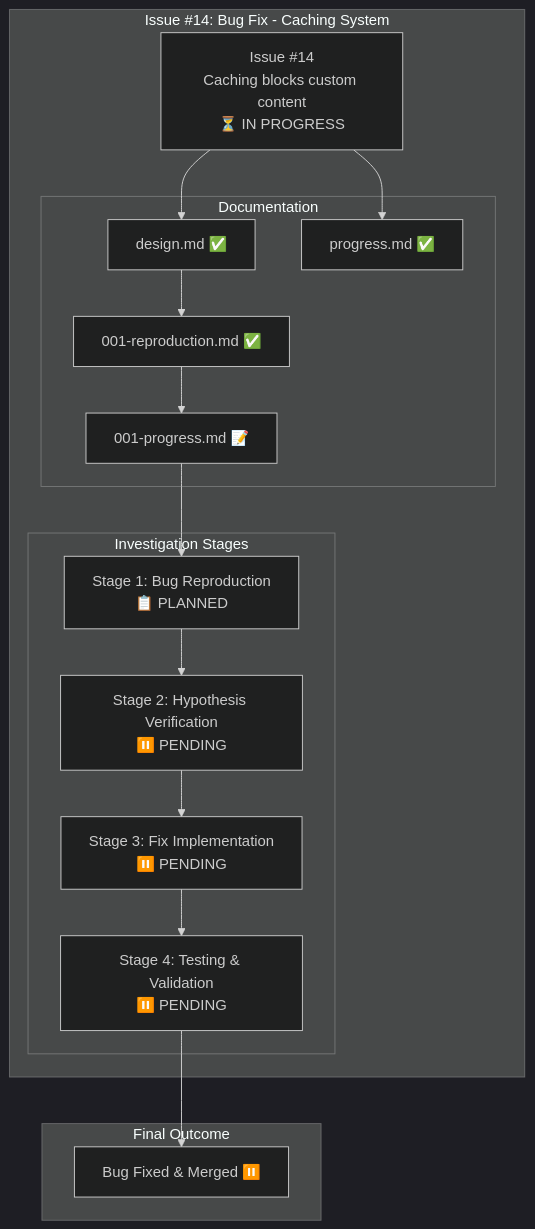
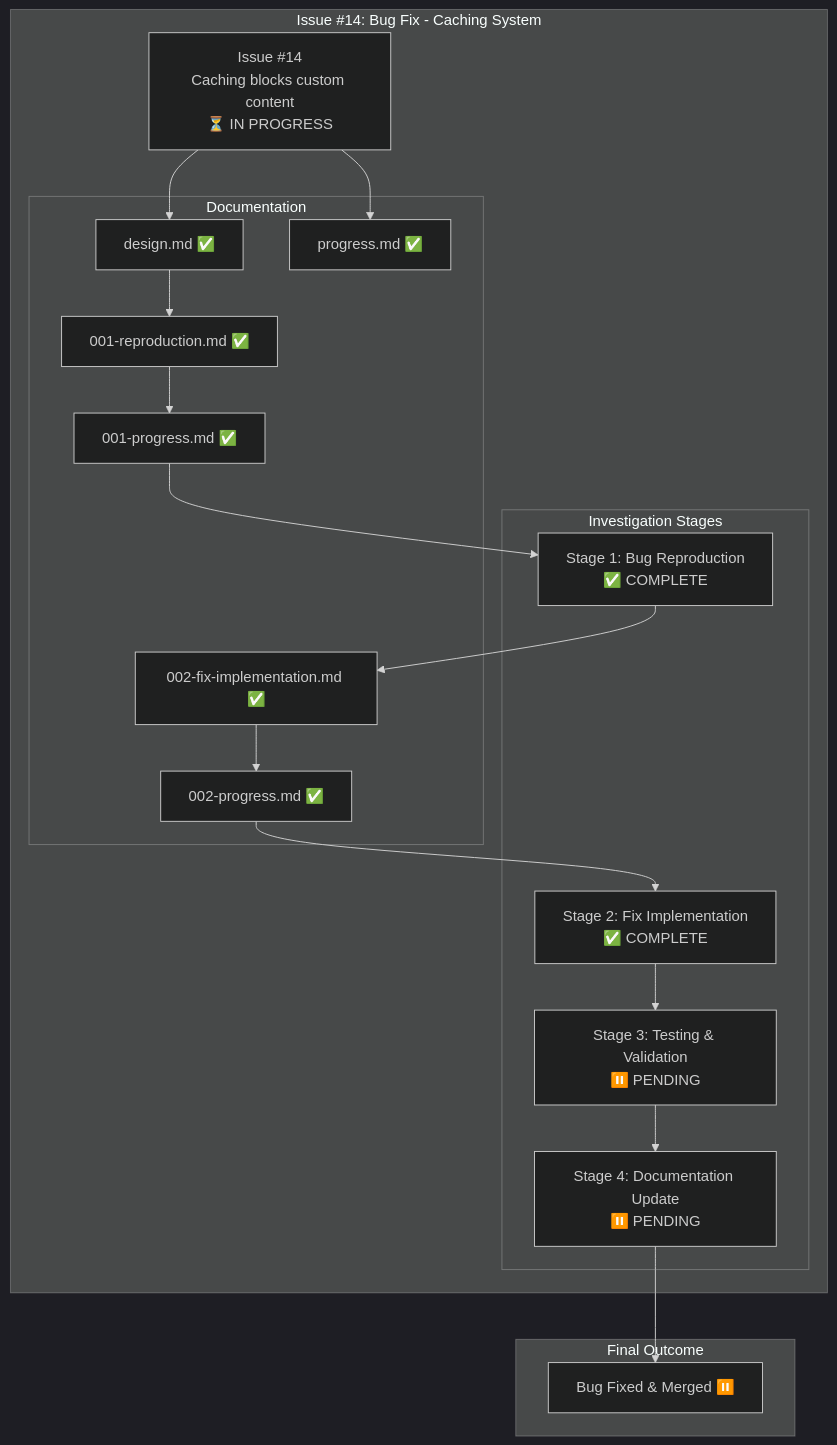
Before and after one commit to info-tech-io/hugo-templates: the first of 3 diagrams in docs/proposals/14-caching-system-blocks-custom-content/progress.md, drawn with Mermaid (dark theme). The commit also changed other lines of this file and 1 other file, not shown here.

First line of the commit message:
docs(issue-14): Stage 2 complete - fix implemented and tested

````diff
--- a/docs/proposals/14-caching-system-blocks-custom-content/progress.md
+++ b/docs/proposals/14-caching-system-blocks-custom-content/progress.md
@@ -5,35 +5,39 @@
 ```mermaid
 graph TB
     subgraph "Issue #14: Bug Fix - Caching System"
         I[Issue #14<br/>Caching blocks custom content<br/>⏳ IN PROGRESS]
 
         subgraph "Investigation Stages"
-            S1[Stage 1: Bug Reproduction<br/>📋 PLANNED]
-            S2[Stage 2: Hypothesis Verification<br/>⏸️ PENDING]
-            S3[Stage 3: Fix Implementation<br/>⏸️ PENDING]
-            S4[Stage 4: Testing & Validation<br/>⏸️ PENDING]
+            S1[Stage 1: Bug Reproduction<br/>✅ COMPLETE]
+            S2[Stage 2: Fix Implementation<br/>✅ COMPLETE]
+            S3[Stage 3: Testing & Validation<br/>⏸️ PENDING]
+            S4[Stage 4: Documentation Update<br/>⏸️ PENDING]
         end
 
         subgraph "Documentation"
             D1[design.md ✅]
             P1[progress.md ✅]
             ST1[001-reproduction.md ✅]
-            PR1[001-progress.md 📝]
+            PR1[001-progress.md ✅]
+            ST2[002-fix-implementation.md ✅]
+            PR2[002-progress.md ✅]
         end
 
         I --> D1
         I --> P1
         D1 --> ST1
         ST1 --> PR1
         PR1 --> S1
-        S1 --> S2
+        S1 --> ST2
+        ST2 --> PR2
+        PR2 --> S2
         S2 --> S3
         S3 --> S4
     end
 
     subgraph "Final Outcome"
         F[Bug Fixed & Merged ⏸️]
     end
 
     S4 --> F
 ```
````
